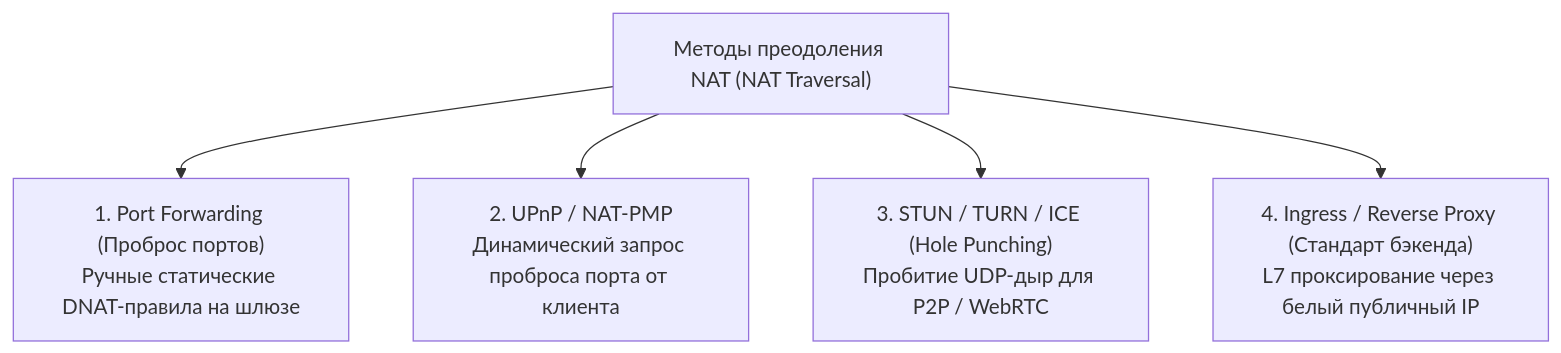
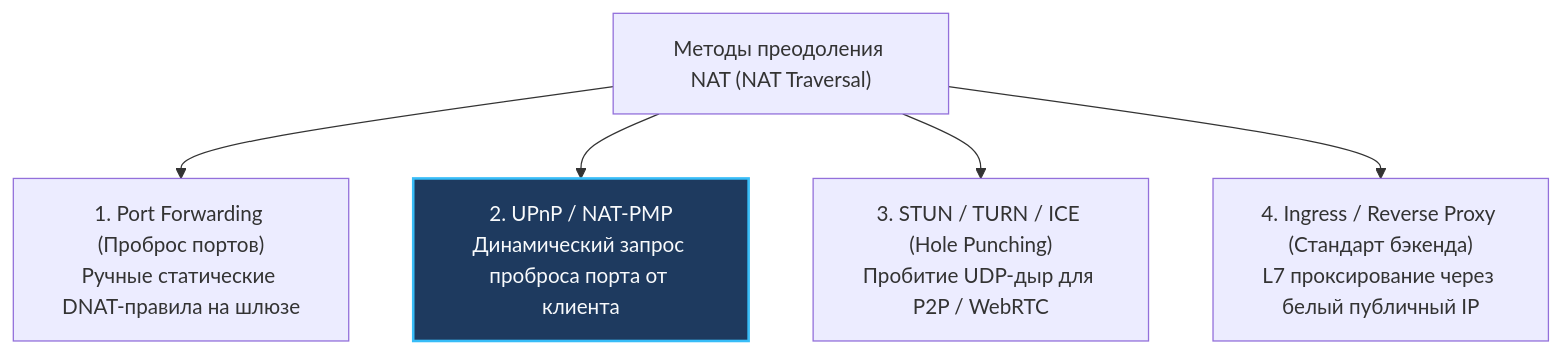
One commit to UnrealTemplier/go-textbook changed the fifth of 6 diagrams in sources/3. Компьютерные сети и сетевой стек/8. NAT, PAT и почему приватные сети работают через один IP.md. Above: the diagram before and after it, drawn with Mermaid. The commit also changed other lines of this file and 1666 other files, not shown here.

First line of the commit message:
feat(mermaid): add semantic color classDef to 1369 colorless flowchart/graph diagrams

````diff
--- a/sources/3. Компьютерные сети и сетевой стек/8. NAT, PAT и почему приватные сети работают через один IP.md
+++ b/sources/3. Компьютерные сети и сетевой стек/8. NAT, PAT и почему приватные сети работают через один IP.md
@@ -240,14 +270,24 @@
 ```mermaid
 flowchart TD
+    classDef process  fill:#1e293b,stroke:#38bdf8,stroke-width:1px,color:#f8fafc
+    classDef success  fill:#064e3b,stroke:#34d399,stroke-width:1px,color:#f8fafc
+    classDef error    fill:#7f1d1d,stroke:#f87171,stroke-width:1px,color:#f8fafc
+    classDef warning  fill:#78350f,stroke:#fbbf24,stroke-width:1px,color:#f8fafc
+    classDef entry    fill:#1e3a5f,stroke:#38bdf8,stroke-width:2px,color:#f8fafc
+    classDef aux      fill:#334155,stroke:#64748b,stroke-width:1px,color:#f8fafc
+    classDef system   fill:#312e81,stroke:#a78bfa,stroke-width:1px,color:#f8fafc
+    classDef data     fill:#132d29,stroke:#2dd4bf,stroke-width:1px,color:#f8fafc
+    classDef network  fill:#881337,stroke:#fb7185,stroke-width:1px,color:#f8fafc
+    classDef accent   fill:#1e1b4b,stroke:#818cf8,stroke-width:1px,color:#f8fafc
     Traversal["Методы преодоления NAT (NAT Traversal)"]
     
     PF["1. Port Forwarding (Проброс портов)<br/>Ручные статические DNAT-правила на шлюзе"]
-    UPnP["2. UPnP / NAT-PMP<br/>Динамический запрос проброса порта от клиента"]
+    UPnP["2. UPnP / NAT-PMP<br/>Динамический запрос проброса порта от клиента"]:::entry
     HolePunch["3. STUN / TURN / ICE (Hole Punching)<br/>Пробитие UDP-дыр для P2P / WebRTC"]
     Proxy["4. Ingress / Reverse Proxy (Стандарт бэкенда)<br/>L7 проксирование через белый публичный IP"]
 
     Traversal --> PF
     Traversal --> UPnP
     Traversal --> HolePunch
     Traversal --> Proxy
 ```
````
